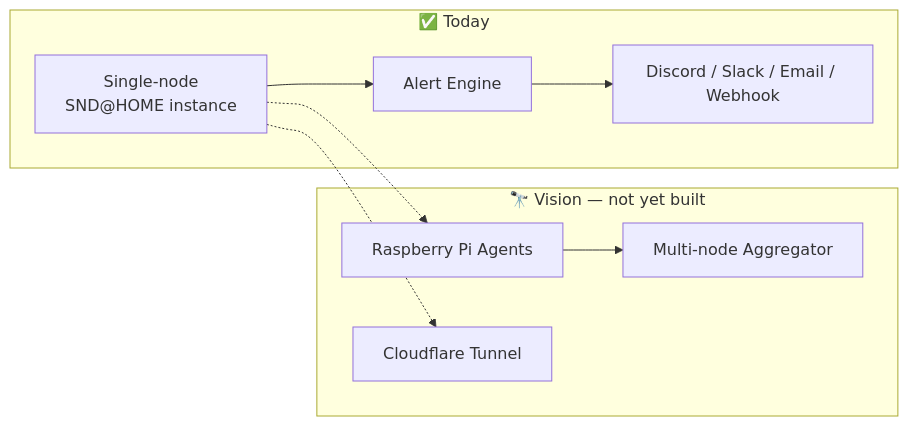
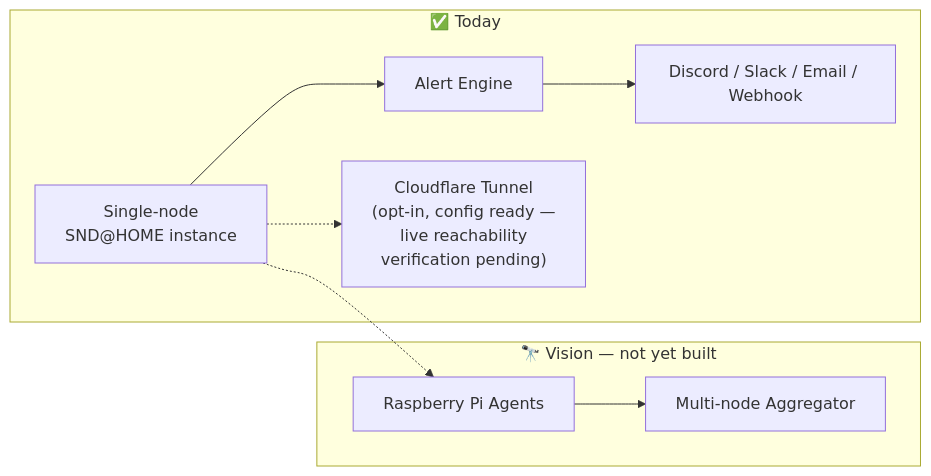
Before and after one commit to noobdna/SND_HOME: the second of 2 diagrams in README.md, drawn with Mermaid. The commit also changed other lines of this file and 3 other files, not shown here.

First line of the commit message:
feat: add optional Cloudflare Tunnel integration

````diff
--- a/README.md
+++ b/README.md
@@ -139,18 +139,18 @@
 ```mermaid
 graph LR
     subgraph Today["✅ Today"]
         A["Single-node<br/>SND@HOME instance"]
         B["Alert Engine"]
         C["Discord / Slack / Email / Webhook"]
+        F["Cloudflare Tunnel<br/>(opt-in, config ready —<br/>live reachability<br/>verification pending)"]
     end
 
     subgraph Vision["🔭 Vision — not yet built"]
         D["Raspberry Pi Agents"]
         E["Multi-node Aggregator"]
-        F["Cloudflare Tunnel"]
     end
 
     A --> B --> C
+    A -.-> F
     A -.-> D --> E
-    A -.-> F
 ```
````
